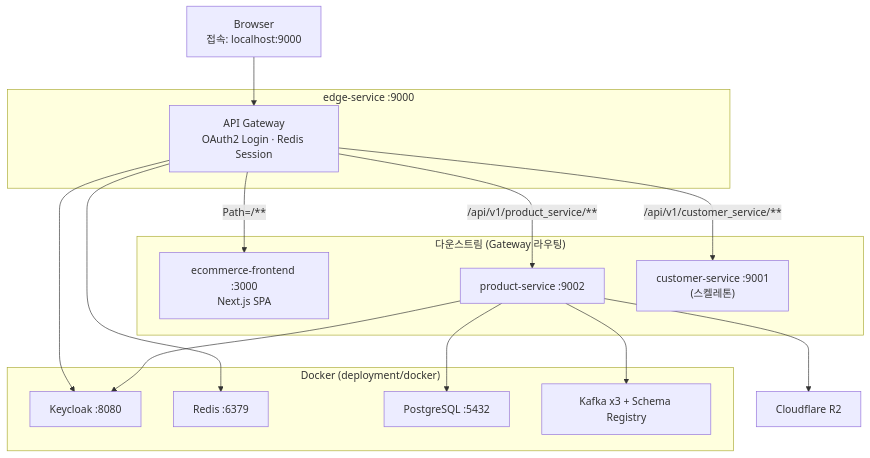
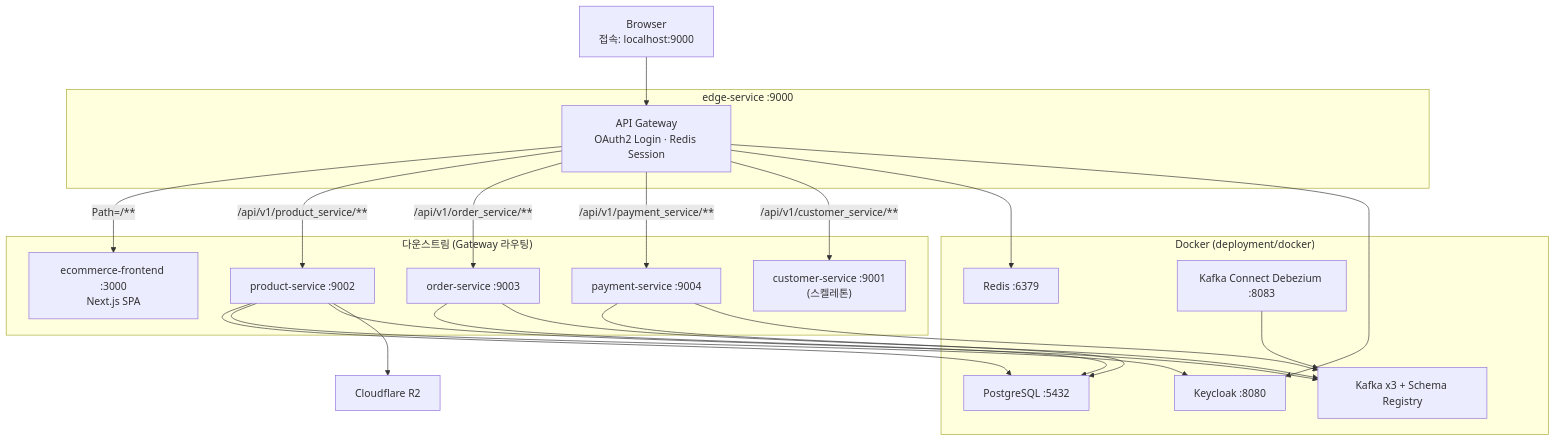
The diagram in README.md (Youngwook-Jeon/ecommerce-msa), drawn with Mermaid before and after one commit. The commit also changed other lines of this file and 4 other files, not shown here.

````diff
--- a/README.md
+++ b/README.md
@@ -78,32 +78,42 @@
 ```mermaid
 flowchart TB
   Browser["Browser\n접속: localhost:9000"]
 
   subgraph Gateway["edge-service :9000"]
     Edge["API Gateway\nOAuth2 Login · Redis Session"]
   end
 
   subgraph Apps["다운스트림 (Gateway 라우팅)"]
     SPA["ecommerce-frontend :3000\nNext.js SPA"]
     Product["product-service :9002"]
+    Order["order-service :9003"]
+    Payment["payment-service :9004"]
     Customer["customer-service :9001\n(스켈레톤)"]
   end
 
   subgraph Infra["Docker (deployment/docker)"]
     KC["Keycloak :8080"]
     Redis["Redis :6379"]
     PG["PostgreSQL :5432"]
     Kafka["Kafka x3 + Schema Registry"]
+    Connect["Kafka Connect Debezium :8083"]
   end
 
   Browser --> Edge
   Edge -->|"Path=/**"| SPA
   Edge -->|"/api/v1/product_service/**"| Product
+  Edge -->|"/api/v1/order_service/**"| Order
+  Edge -->|"/api/v1/payment_service/**"| Payment
   Edge -->|"/api/v1/customer_service/**"| Customer
   Edge --> Redis
   Edge --> KC
   Product --> PG
+  Order --> PG
+  Payment --> PG
   Product --> KC
   Product --> Kafka
+  Order --> Kafka
+  Payment --> Kafka
+  Connect --> Kafka
   Product --> R2["Cloudflare R2"]
 ```
````
